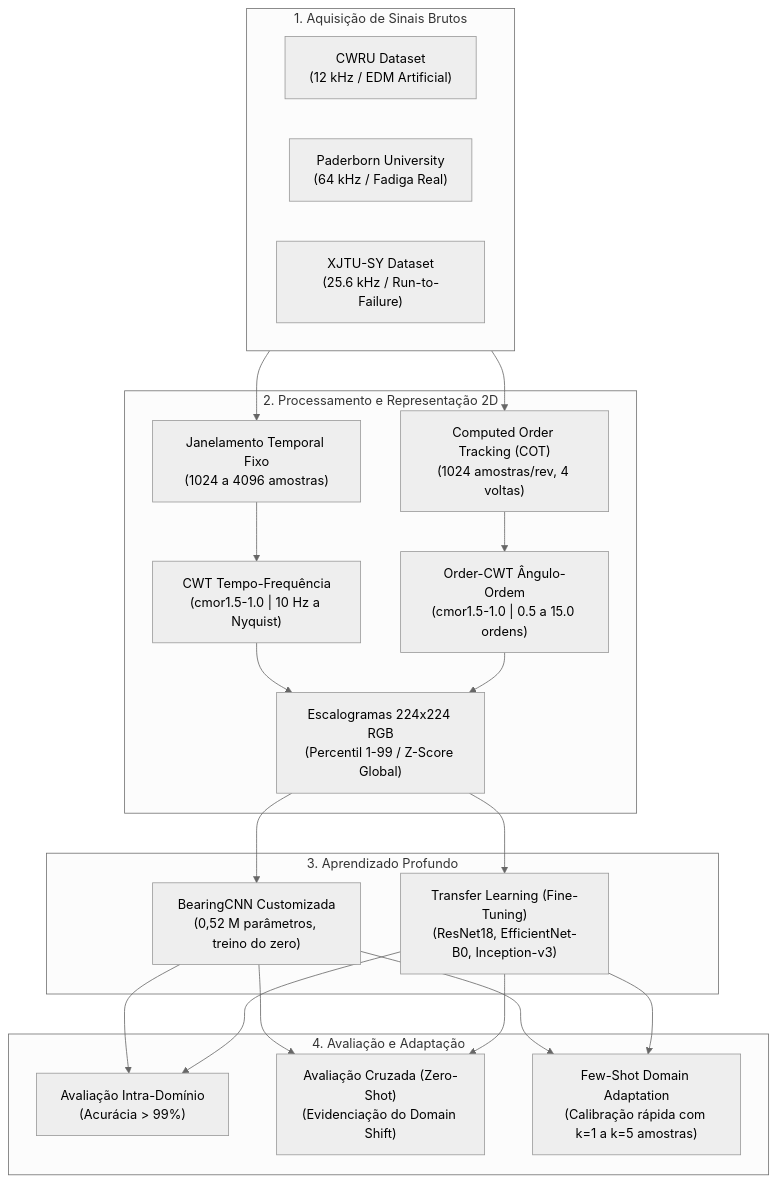
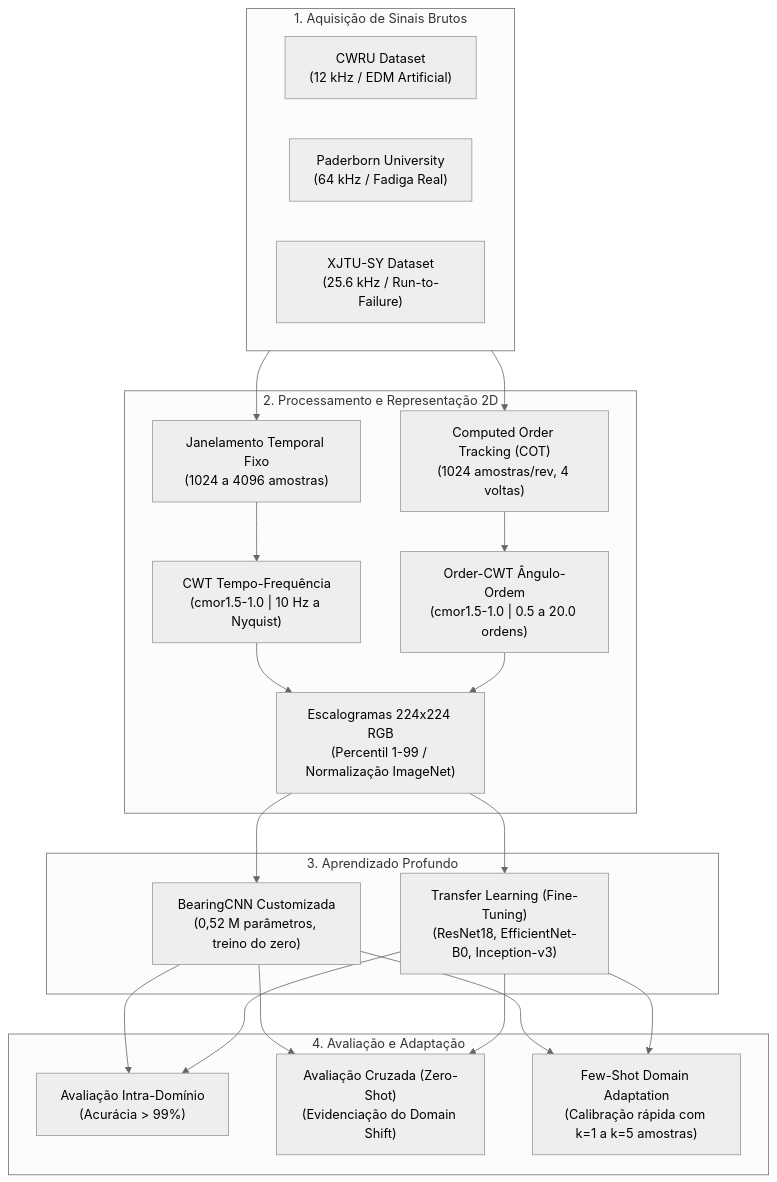
One commit to jvkauer/bearing-fault-diagnosis-cwt-cnn changed the diagram in README.md. Above: the diagram before and after it, drawn with Mermaid (neutral theme). The commit also changed other lines of this file and 17 other files, not shown here.

````diff
--- a/README.md
+++ b/README.md
@@ -163,34 +164,34 @@
 ```mermaid
 flowchart TD
     subgraph Entrada["1. Aquisição de Sinais Brutos"]
         A1["CWRU Dataset<br/>(12 kHz / EDM Artificial)"]
         A2["Paderborn University<br/>(64 kHz / Fadiga Real)"]
         A3["XJTU-SY Dataset<br/>(25.6 kHz / Run-to-Failure)"]
     end
 
     subgraph Processamento["2. Processamento e Representação 2D"]
         B1["Janelamento Temporal Fixo<br/>(1024 a 4096 amostras)"]
         B2["Computed Order Tracking (COT)<br/>(1024 amostras/rev, 4 voltas)"]
         C1["CWT Tempo-Frequência<br/>(cmor1.5-1.0 | 10 Hz a Nyquist)"]
-        C2["Order-CWT Ângulo-Ordem<br/>(cmor1.5-1.0 | 0.5 a 15.0 ordens)"]
-        D["Escalogramas 224x224 RGB<br/>(Percentil 1-99 / Z-Score Global)"]
+        C2["Order-CWT Ângulo-Ordem<br/>(cmor1.5-1.0 | 0.5 a 20.0 ordens)"]
+        D["Escalogramas 224x224 RGB<br/>(Percentil 1-99 / Normalização ImageNet)"]
     end
 
     subgraph Modelos["3. Aprendizado Profundo"]
         E1["BearingCNN Customizada<br/>(0,52 M parâmetros, treino do zero)"]
         E2["Transfer Learning (Fine-Tuning)<br/>(ResNet18, EfficientNet-B0, Inception-v3)"]
     end
 
     subgraph Avaliacao["4. Avaliação e Adaptação"]
         F1["Avaliação Intra-Domínio<br/>(Acurácia > 99%)"]
         F2["Avaliação Cruzada (Zero-Shot)<br/>(Evidenciação do Domain Shift)"]
         F3["Few-Shot Domain Adaptation<br/>(Calibração rápida com k=1 a k=5 amostras)"]
     end
 
     Entrada --> B1 & B2
     B1 --> C1
     B2 --> C2
     C1 & C2 --> D
     D --> E1 & E2
     E1 & E2 --> F1 & F2 & F3
 ```
````
